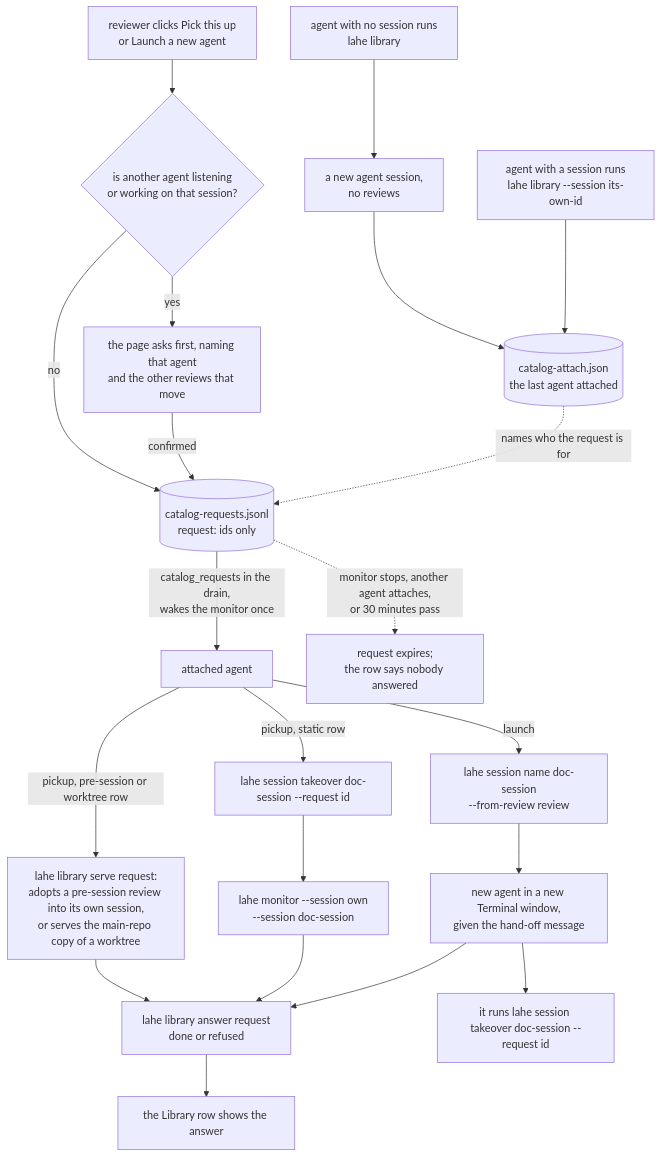
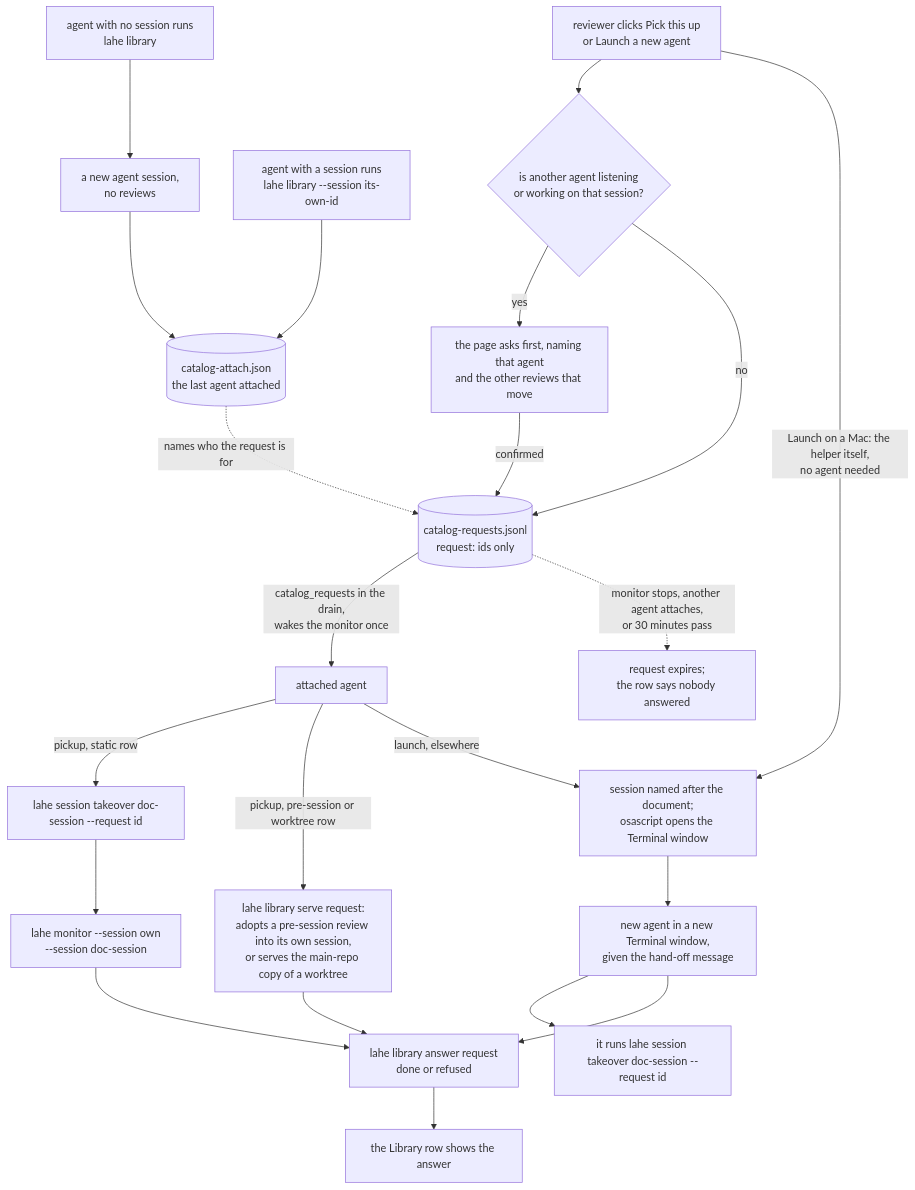
The second of 3 diagrams in docs/diagrams/session_ownership.md (kenxle/live-agentic-html-editor), drawn with Mermaid before and after one commit. The commit also changed other lines of this file and 21 other files, not shown here.

````diff
--- a/docs/diagrams/session_ownership.md
+++ b/docs/diagrams/session_ownership.md
@@ -91,23 +91,24 @@
 ```mermaid
 flowchart TD
     Bare["agent with no session runs<br/>lahe library"] --> Mint["a new agent session,<br/>no reviews"]
     Mint --> AttachFile[("catalog-attach.json<br/>the last agent attached")]
     Attach["agent with a session runs<br/>lahe library --session its-own-id"] --> AttachFile
     Click["reviewer clicks Pick this up<br/>or Launch a new agent"] --> Watched{"is another agent listening<br/>or working on that session?"}
     Watched -->|"yes"| Confirm["the page asks first, naming that agent<br/>and the other reviews that move"]
     Watched -->|"no"| Queue
     Confirm -->|"confirmed"| Queue[("catalog-requests.jsonl<br/>request: ids only")]
     AttachFile -.->|"names who the request is for"| Queue
     Queue -->|"catalog_requests in the drain,<br/>wakes the monitor once"| Agent["attached agent"]
     Agent -->|"pickup, static row"| Take["lahe session takeover doc-session --request id"]
     Agent -->|"pickup, pre-session or worktree row"| Serve["lahe library serve request:<br/>adopts a pre-session review into its own session,<br/>or serves the main-repo copy of a worktree"]
     Serve --> Answer
     Take --> Both["lahe monitor --session own<br/>--session doc-session"]
-    Agent -->|"launch"| Name["lahe session name doc-session<br/>--from-review review"]
+    Click -->|"Launch on a Mac: the helper itself,<br/>no agent needed"| Name["session named after the document;<br/>osascript opens the Terminal window"]
+    Agent -->|"launch, elsewhere"| Name
     Name --> NewAgent["new agent in a new Terminal window,<br/>given the hand-off message"]
     NewAgent --> Take2["it runs lahe session takeover doc-session --request id"]
     Both --> Answer["lahe library answer request<br/>done or refused"]
     NewAgent --> Answer
     Answer --> Row["the Library row shows the answer"]
     Queue -.->|"monitor stops, another agent attaches,<br/>or 30 minutes pass"| Expired["request expires;<br/>the row says nobody answered"]
 ```
````
